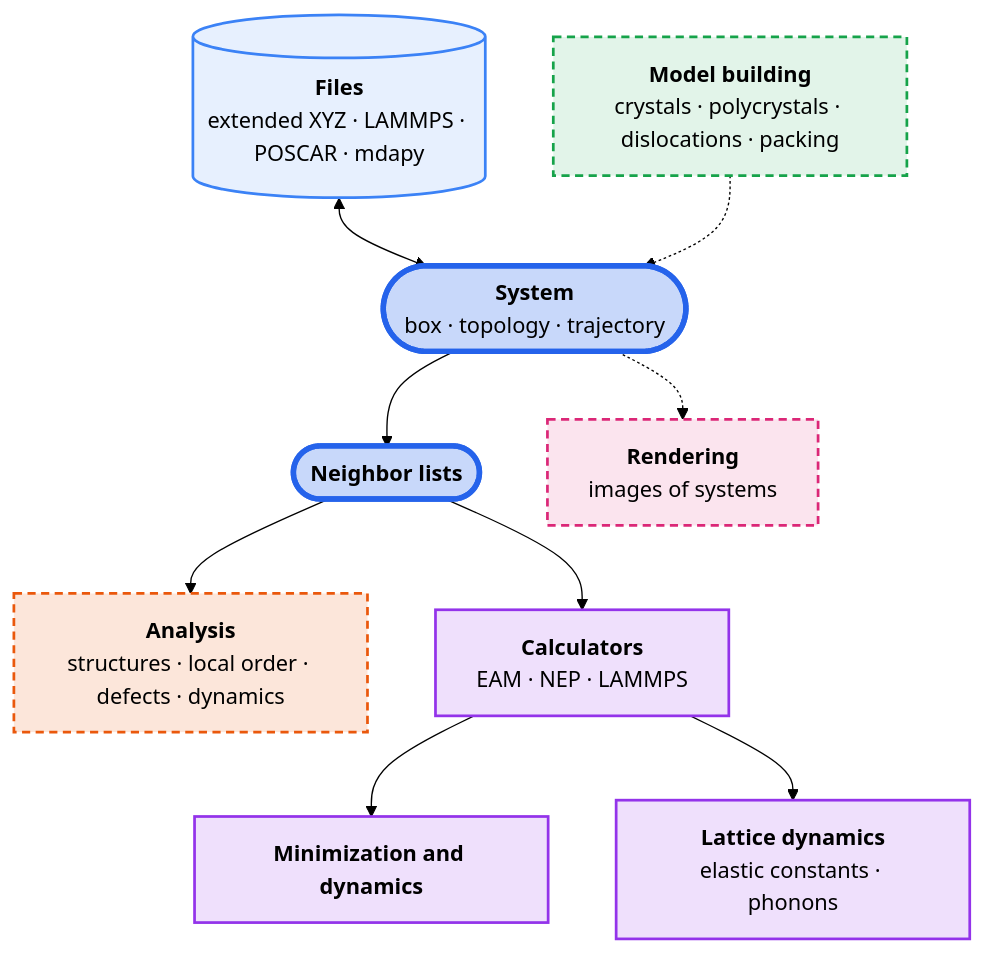
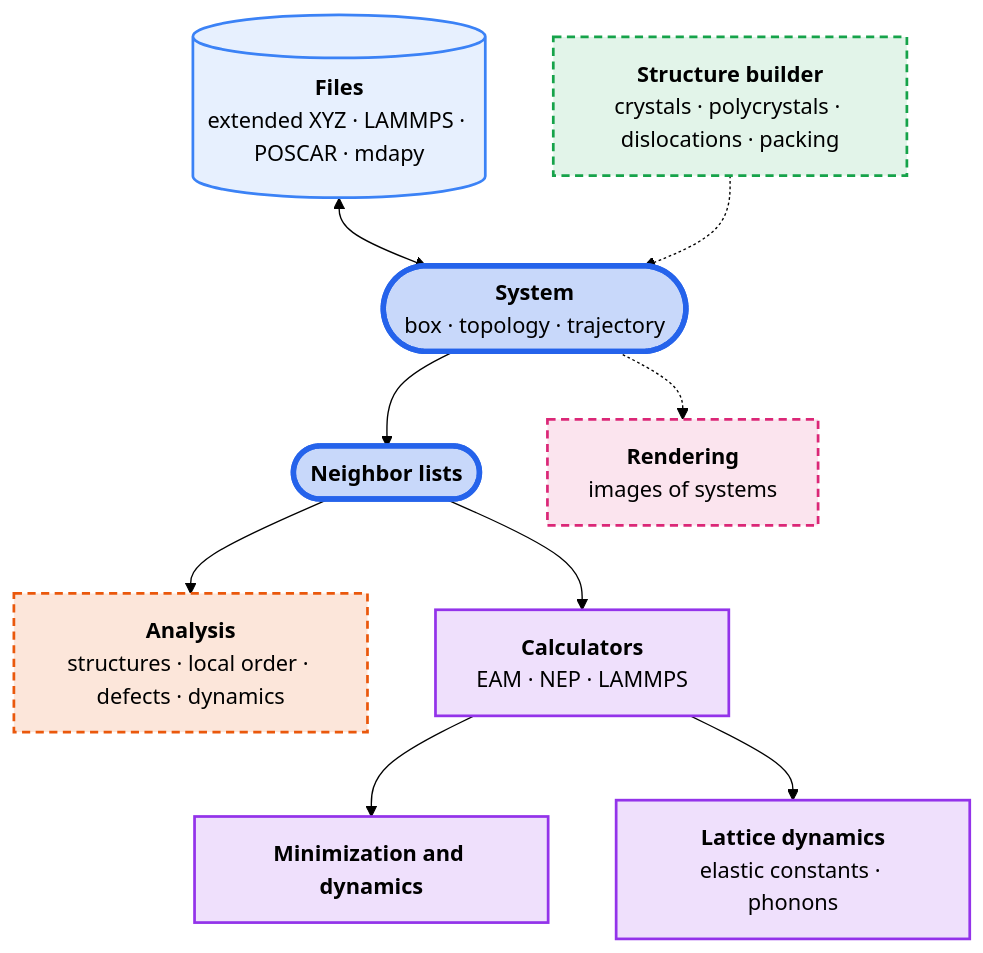
The diagram in docs/index.md (mushroomfire/mdapy), drawn with Mermaid (forest theme) before and after one commit. The commit also changed other lines of this file and 9 other files, not shown here.

First line of the commit message:
Show the mdapy logo and full name; name the builder tab Structure builder

````diff
--- a/docs/index.md
+++ b/docs/index.md
@@ -19,34 +26,34 @@
 ```mermaid
 flowchart TB
     files[("<b>Files</b><br/>extended XYZ · LAMMPS · POSCAR · mdapy")]
-    build["<b>Model building</b><br/>crystals · polycrystals · dislocations · packing"]
+    build["<b>Structure builder</b><br/>crystals · polycrystals · dislocations · packing"]
     system(["<b>System</b><br/>box · topology · trajectory"])
     neighbors(["<b>Neighbor lists</b>"])
     render["<b>Rendering</b><br/>images of systems"]
     analysis["<b>Analysis</b><br/>structures · local order · defects · dynamics"]
     calculators["<b>Calculators</b><br/>EAM · NEP · LAMMPS"]
     minimization["<b>Minimization and dynamics</b>"]
     lattice["<b>Lattice dynamics</b><br/>elastic constants · phonons"]
 
     files <--> system
     build -.-> system
     system --> neighbors
     system -.-> render
     neighbors --> analysis
     neighbors --> calculators
     calculators --> minimization
     calculators --> lattice
 
     classDef core fill:#2563eb40,stroke:#2563eb,stroke-width:4px
     classDef data fill:#3b82f61f,stroke:#3b82f6,stroke-width:2px
     classDef analysis fill:#ea580c26,stroke:#ea580c,stroke-width:2px,stroke-dasharray:6 4
     classDef simulation fill:#9333ea26,stroke:#9333ea,stroke-width:2px
     classDef build fill:#16a34a1f,stroke:#16a34a,stroke-width:2px,stroke-dasharray:6 4
     classDef render fill:#db27771f,stroke:#db2777,stroke-width:2px,stroke-dasharray:6 4
     class system,neighbors core
     class files data
     class analysis analysis
     class calculators,minimization,lattice simulation
     class build build
     class render render
 ```
````
